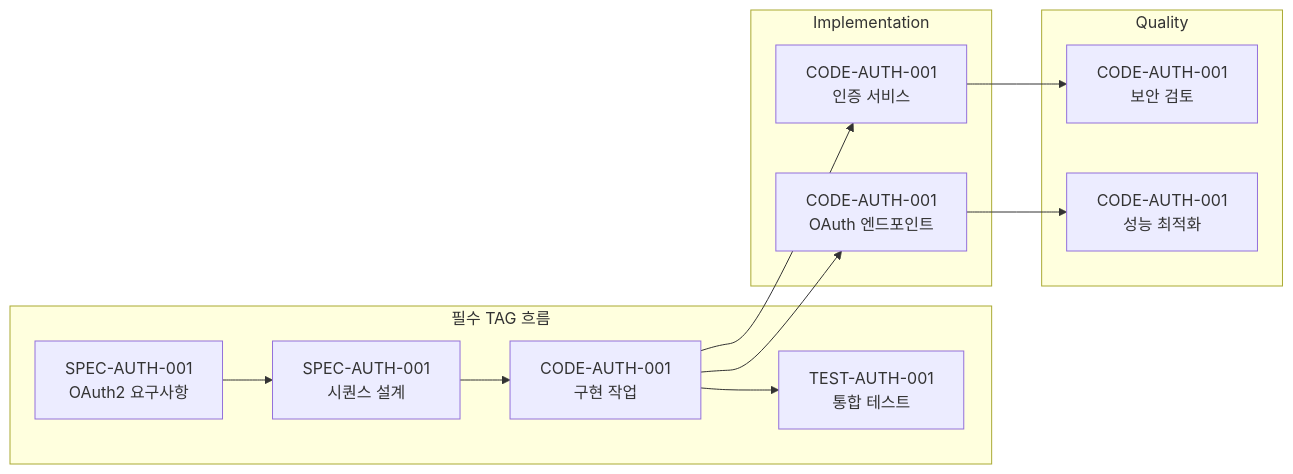
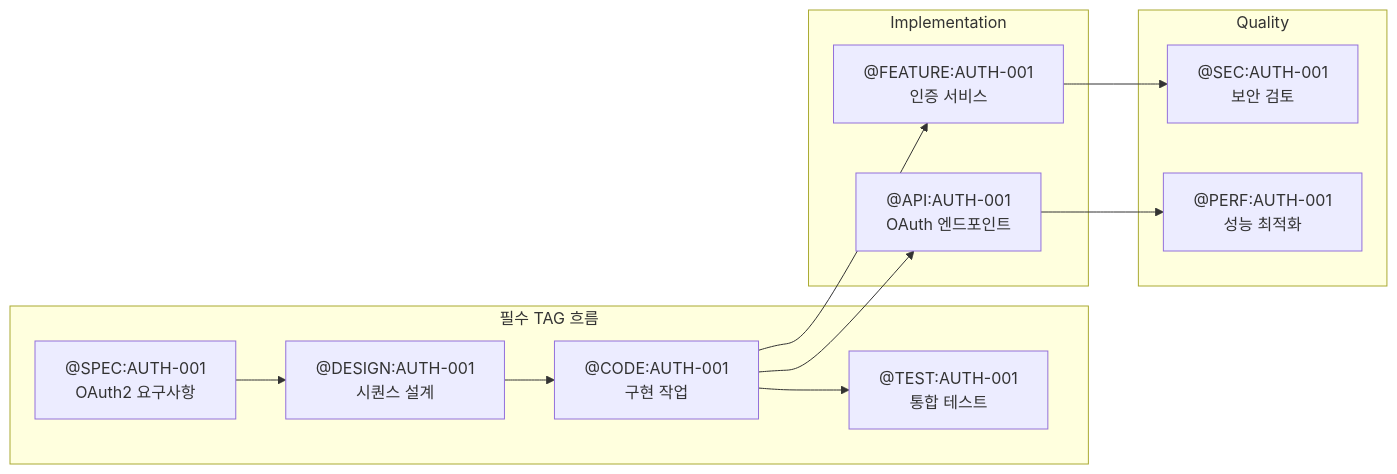
One commit to modu-ai/moai-adk changed the fourth of 6 diagrams in docs/reference/api-reference.md. Above: the diagram before and after it, drawn with Mermaid. The commit also changed other lines of this file and 19 other files, not shown here.

First line of the commit message:
🎨 fix: docs 전체 Mermaid 다이어그램 특수문자 오류 수정 (19개 파일)

````diff
--- a/docs/reference/api-reference.md
+++ b/docs/reference/api-reference.md
@@ -926,30 +926,30 @@
 ```mermaid
 graph LR
     subgraph "필수 TAG 흐름"
-        REQ[SPEC-AUTH-001<br/>OAuth2 요구사항]
-        DESIGN[SPEC-AUTH-001<br/>시퀀스 설계]
-        TASK[CODE-AUTH-001<br/>구현 작업]
-        TEST[TEST-AUTH-001<br/>통합 테스트]
+        REQ["@SPEC:AUTH-001<br/>OAuth2 요구사항"]
+        DESIGN["@DESIGN:AUTH-001<br/>시퀀스 설계"]
+        TASK["@CODE:AUTH-001<br/>구현 작업"]
+        TEST["@TEST:AUTH-001<br/>통합 테스트"]
 
         REQ --> DESIGN
         DESIGN --> TASK
         TASK --> TEST
     end
 
     subgraph "Implementation"
-        FEATURE[CODE-AUTH-001<br/>인증 서비스]
-        API[CODE-AUTH-001<br/>OAuth 엔드포인트]
+        FEATURE["@FEATURE:AUTH-001<br/>인증 서비스"]
+        API["@API:AUTH-001<br/>OAuth 엔드포인트"]
 
         TASK --> FEATURE
         TASK --> API
     end
 
     subgraph "Quality"
-        SEC[CODE-AUTH-001<br/>보안 검토]
-        PERF[CODE-AUTH-001<br/>성능 최적화]
+        SEC["@SEC:AUTH-001<br/>보안 검토"]
+        PERF["@PERF:AUTH-001<br/>성능 최적화"]
 
         FEATURE --> SEC
         API --> PERF
     end
 
 ```
````
